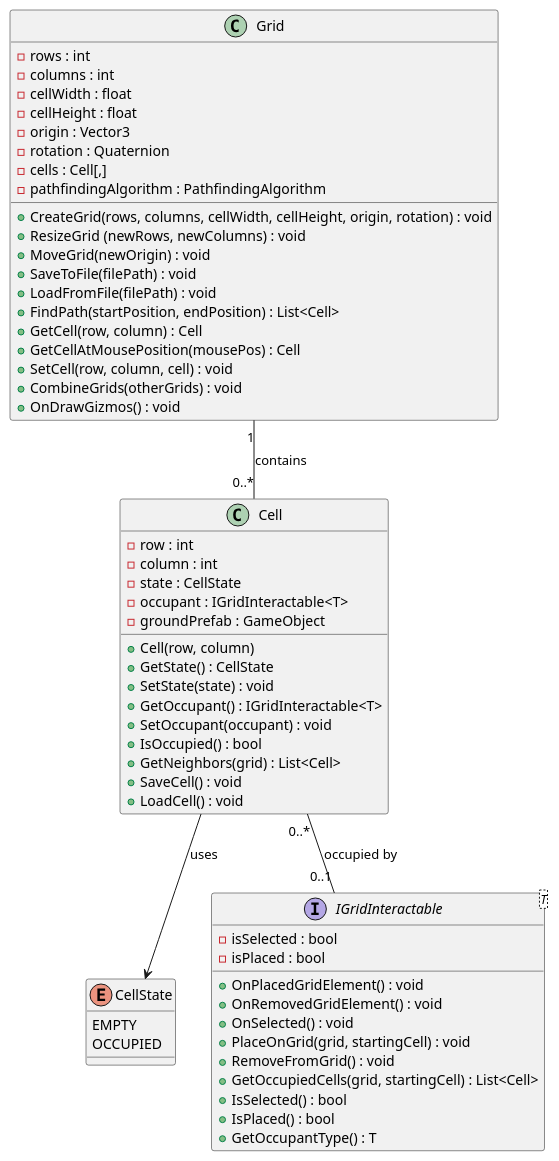
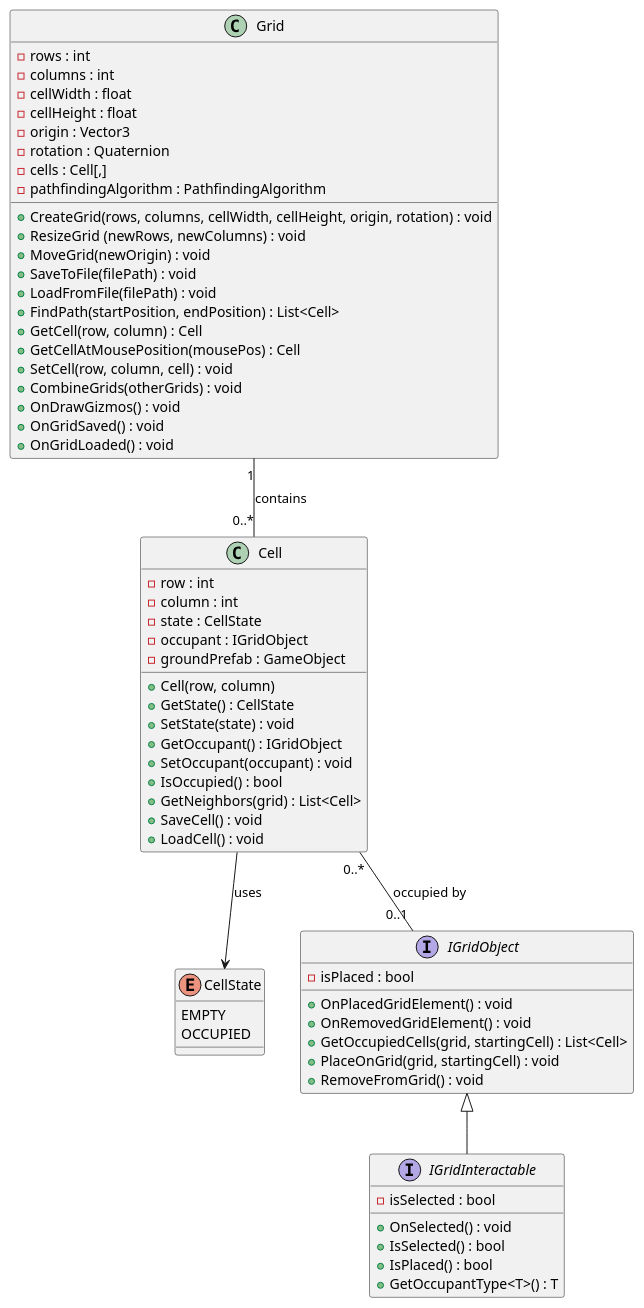
Before and after one commit to CarGAnd/FactoryGameJam: the diagram in UML/GridSystem.puml, drawn with PlantUML.

Commit message:
[Design] - More iterations of the GridSystem UML

```diff
--- a/UML/GridSystem.puml
+++ b/UML/GridSystem.puml
@@ -1,68 +1,74 @@
 @startuml GridSystem
 
 class Grid {
     - rows : int
     - columns : int
     - cellWidth : float
     - cellHeight : float
     - origin : Vector3
     - rotation : Quaternion
     - cells : Cell[,]
     - pathfindingAlgorithm : PathfindingAlgorithm
 
     + CreateGrid(rows, columns, cellWidth, cellHeight, origin, rotation) : void
     + ResizeGrid (newRows, newColumns) : void
     + MoveGrid(newOrigin) : void
     + SaveToFile(filePath) : void
     + LoadFromFile(filePath) : void
     + FindPath(startPosition, endPosition) : List<Cell>
     + GetCell(row, column) : Cell
     + GetCellAtMousePosition(mousePos) : Cell
     + SetCell(row, column, cell) : void
     + CombineGrids(otherGrids) : void
     + OnDrawGizmos() : void
+    + OnGridSaved() : void
+    + OnGridLoaded() : void
 }
 
 class Cell {
     - row : int
     - column : int
     - state : CellState
-    - occupant : IGridInteractable<T>
+    - occupant : IGridObject
     - groundPrefab : GameObject
 
     + Cell(row, column)
     + GetState() : CellState
     + SetState(state) : void
-    + GetOccupant() : IGridInteractable<T>
+    + GetOccupant() : IGridObject
     + SetOccupant(occupant) : void
     + IsOccupied() : bool
     + GetNeighbors(grid) : List<Cell>
     + SaveCell() : void
     + LoadCell() : void
 }
 
 enum CellState {
     EMPTY
     OCCUPIED
 }
 
-interface IGridInteractable<T> {
-    - isSelected : bool
+interface IGridObject {
     - isPlaced : bool
 
     + OnPlacedGridElement() : void
     + OnRemovedGridElement() : void
-    + OnSelected() : void
+    + GetOccupiedCells(grid, startingCell) : List<Cell>
     + PlaceOnGrid(grid, startingCell) : void
     + RemoveFromGrid() : void
-    + GetOccupiedCells(grid, startingCell) : List<Cell>
+}
+
+interface IGridInteractable extends IGridObject {
+    - isSelected : bool
+
+    + OnSelected() : void
     + IsSelected() : bool
     + IsPlaced() : bool
-    + GetOccupantType() : T
+    + GetOccupantType<T>() : T
 }
 
 Cell --> CellState : uses
 Grid "1" -- "0..*" Cell : contains
-Cell "0..*" -- "0..1" IGridInteractable : occupied by
+Cell "0..*" -- "0..1" IGridObject : occupied by
 
 @enduml
```
